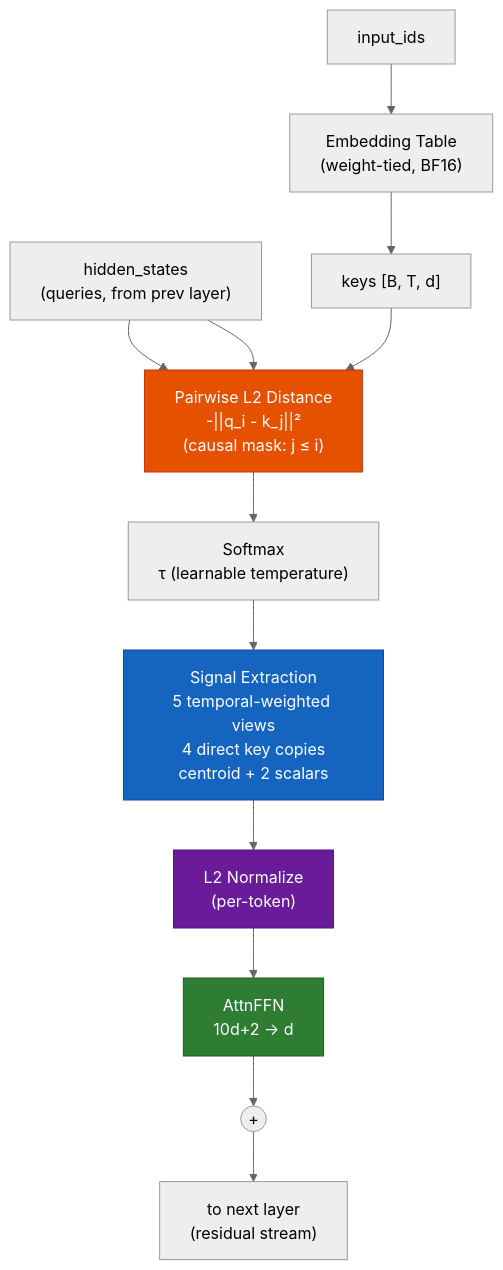
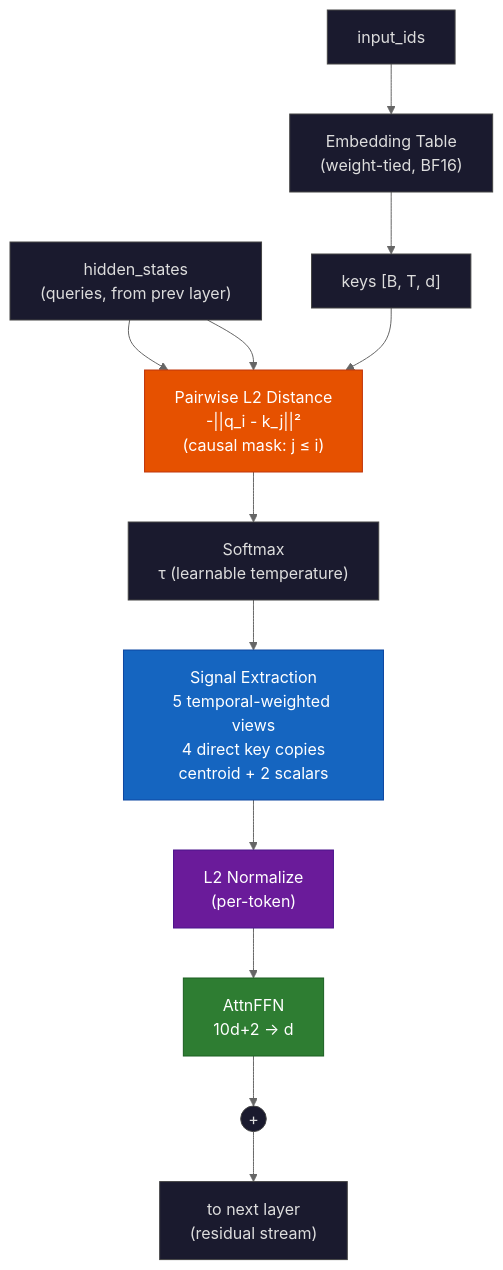
The diagram in README.md (NohWai-Software/RayTention), drawn with Mermaid (neutral theme) before and after one commit. The commit also changed other lines of this file, not shown here.

Commit message:
Update README with new class definition
Added new class definition for 'plain' style in README.

````diff
--- a/README.md
+++ b/README.md
@@ -76,19 +76,21 @@
 ```mermaid
 flowchart TD
     Q["hidden_states\n(queries, from prev layer)"] --> L2
     ID["input_ids"] --> EMB["Embedding Table\n(weight-tied, BF16)"]
     EMB --> K["keys [B, T, d]"]
     Q --> L2["Pairwise L2 Distance\n-||q_i - k_j||²\n(causal mask: j ≤ i)"]
     K --> L2
     L2 --> SM["Softmax\nτ (learnable temperature)"]
     SM --> SIG["Signal Extraction\n5 temporal-weighted views\n4 direct key copies\ncentroid + 2 scalars"]
     SIG --> NORM["L2 Normalize\n(per-token)"]
     NORM --> FFN["AttnFFN\n10d+2 → d"]
     FFN --> ADD((+))
     ADD --> OUT["to next layer\n(residual stream)"]
 
     style L2 fill:#e65100,stroke:#bf360c,color:#fff
     style SIG fill:#1565c0,stroke:#0d47a1,color:#fff
     style NORM fill:#6a1b9a,stroke:#4a148c,color:#fff
     style FFN fill:#2e7d32,stroke:#1b5e20,color:#fff
+    classDef plain fill:#1a1a2e,stroke:#444,color:#ddd
+    class Q,ID,EMB,K,SM,ADD,OUT plain
 ```
````
